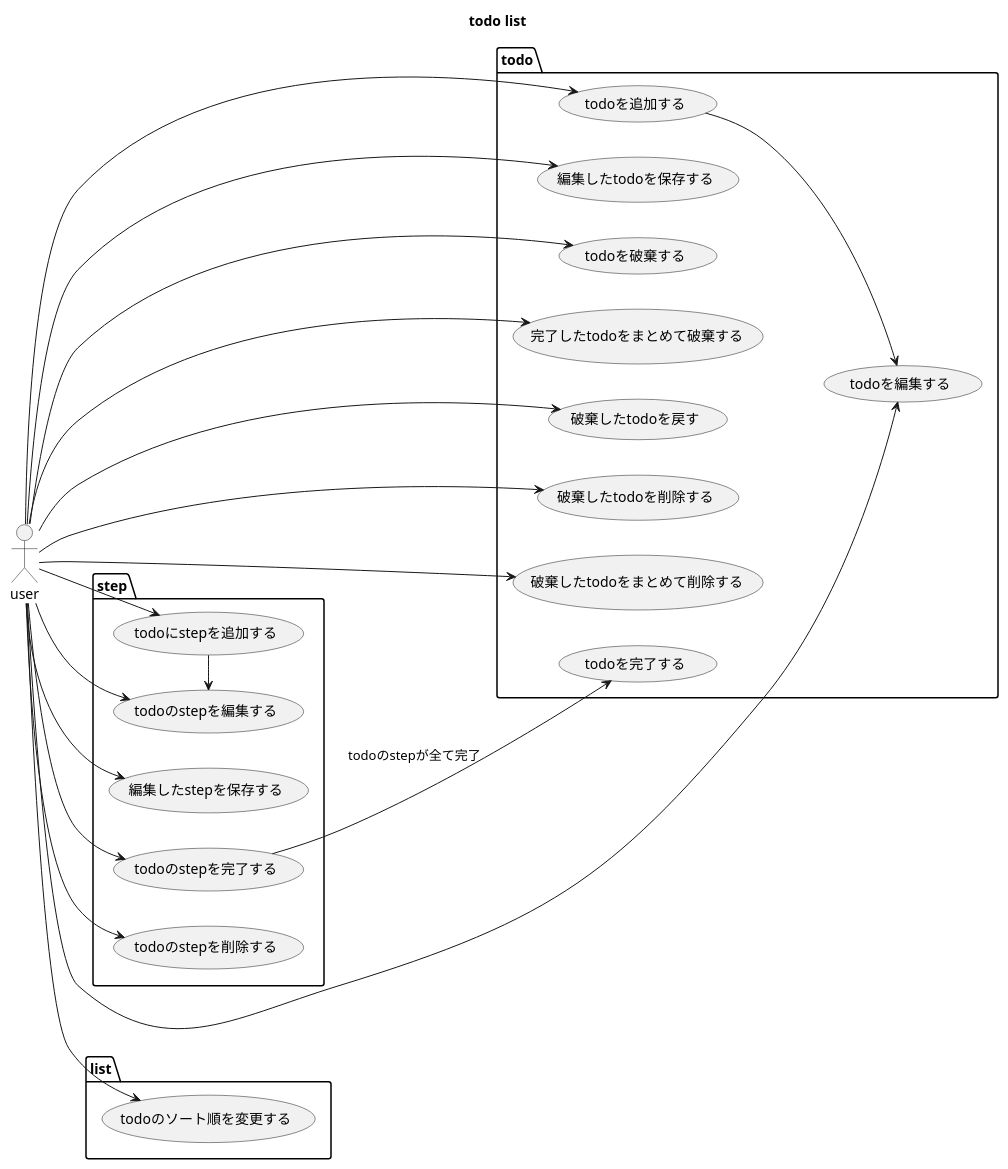
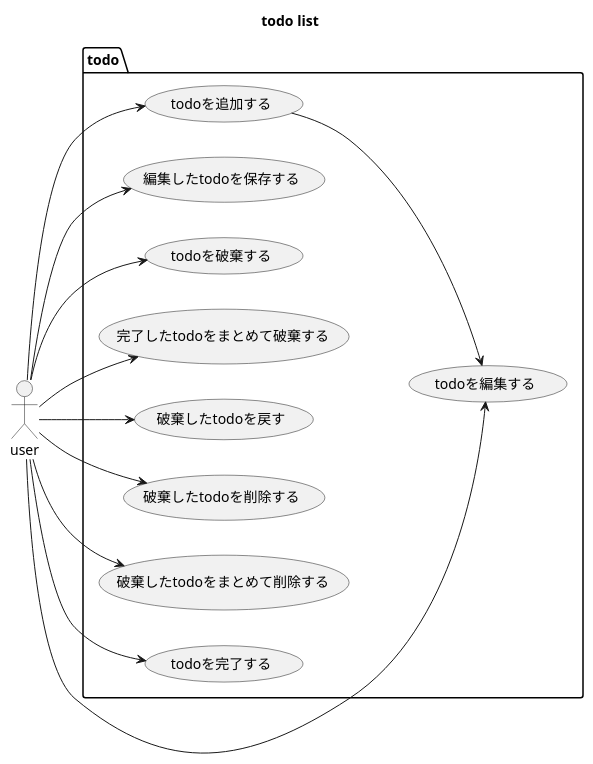
Before and after one commit to Keyhoh/short-todo-list: the diagram in docs/usecase-diagram.pu, drawn with PlantUML. The commit also changed 1 other file, not shown here.

Commit message:
remove step

```diff
--- a/docs/usecase-diagram.pu
+++ b/docs/usecase-diagram.pu
@@ -1,41 +1,23 @@
 @startuml
 title todo list
 
 actor user 
 
 left to right direction
-
-package "list" {
-    user --> (todoのソート順を変更する)
-}
 
 package "todo" {
     usecase (todoを追加する) as addTodo
     usecase (todoを編集する) as editTodo
     user --> addTodo
     addTodo --> editTodo
     user --> editTodo
     user --> (編集したtodoを保存する)
     user --> (todoを破棄する)
     user --> (完了したtodoをまとめて破棄する)
     user --> (破棄したtodoを戻す)
     user --> (破棄したtodoを削除する)
     user --> (破棄したtodoをまとめて削除する)
-    usecase (todoを完了する) as completeTodo
-}
-
-package "step"{
-
-    usecase (todoにstepを追加する) as addStep
-    usecase (todoのstepを編集する) as editStep
-    user --> addStep
-    addStep -> editStep
-    user --> editStep
-    user --> (編集したstepを保存する)
-    usecase (todoのstepを完了する) as completeStep
-    user --> completeStep
-    completeStep --> completeTodo: "todoのstepが全て完了"
-    user --> (todoのstepを削除する)
+    user --> (todoを完了する)
 }
 
 @enduml
```
